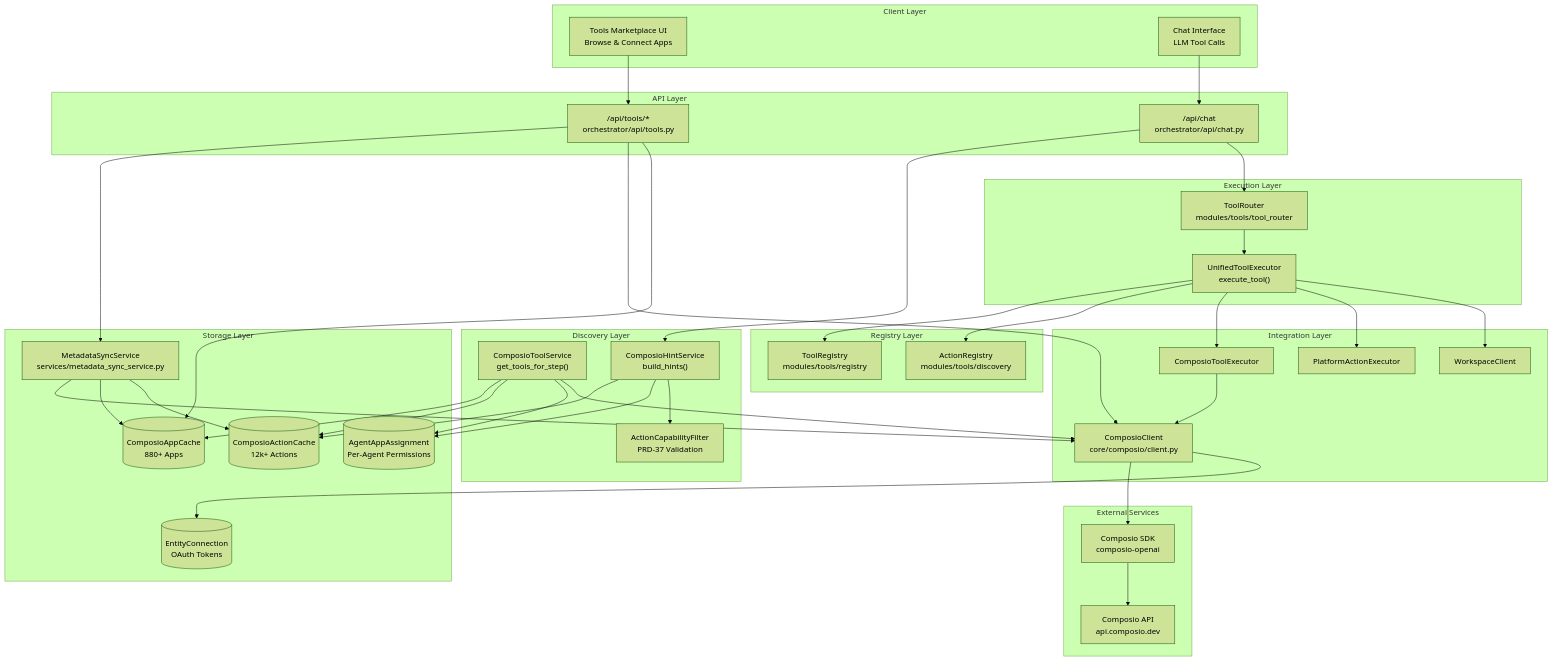
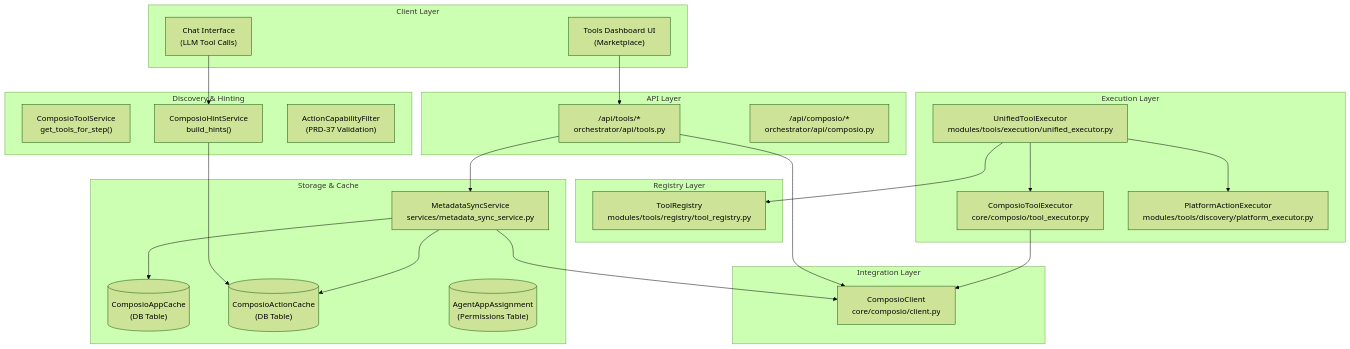
The first of 4 diagrams in docs/tools-integrations/_index.md (AutomatosAI/automatos-ai), drawn with Mermaid (forest theme) before and after one commit. The commit also changed other lines of this file and 149 other files, not shown here.

Commit message:
docs: refresh documentation with graphify semantic scan

````diff
--- a/docs/tools-integrations/_index.md
+++ b/docs/tools-integrations/_index.md
@@ -35,85 +42,56 @@
 ```mermaid
 graph TB
     subgraph "Client Layer"
-        UI[Tools Marketplace UI<br/>Browse & Connect Apps]
-        ChatUI[Chat Interface<br/>LLM Tool Calls]
+        UI["Tools Dashboard UI<br/>(Marketplace)"]
+        ChatUI["Chat Interface<br/>(LLM Tool Calls)"]
     end
     
     subgraph "API Layer"
         ToolsAPI["/api/tools/*<br/>orchestrator/api/tools.py"]
-        ChatAPI["/api/chat<br/>orchestrator/api/chat.py"]
+        ComposioAPI_Route["/api/composio/*<br/>orchestrator/api/composio.py"]
     end
     
     subgraph "Registry Layer"
-        ToolRegistry["ToolRegistry<br/>modules/tools/registry"]
-        ActionRegistry["ActionRegistry<br/>modules/tools/discovery"]
+        ToolRegistry["ToolRegistry<br/>modules/tools/registry/tool_registry.py"]
     end
     
-    subgraph "Discovery Layer"
+    subgraph "Discovery & Hinting"
         ComposioToolService["ComposioToolService<br/>get_tools_for_step()"]
         ComposioHintService["ComposioHintService<br/>build_hints()"]
-        ActionCapabilityFilter["ActionCapabilityFilter<br/>PRD-37 Validation"]
+        ActionCapabilityFilter["ActionCapabilityFilter<br/>(PRD-37 Validation)"]
     end
     
     subgraph "Execution Layer"
-        ToolRouter["ToolRouter<br/>modules/tools/tool_router"]
-        UnifiedExecutor["UnifiedToolExecutor<br/>execute_tool()"]
+        UnifiedExecutor["UnifiedToolExecutor<br/>modules/tools/execution/unified_executor.py"]
+        ComposioToolExecutor["ComposioToolExecutor<br/>core/composio/tool_executor.py"]
+        PlatformActionExecutor["PlatformActionExecutor<br/>modules/tools/discovery/platform_executor.py"]
     end
     
     subgraph "Integration Layer"
         ComposioClient["ComposioClient<br/>core/composio/client.py"]
-        ComposioToolExecutor["ComposioToolExecutor"]
-        PlatformActionExecutor["PlatformActionExecutor"]
-        WorkspaceClient["WorkspaceClient"]
     end
     
-    subgraph "Storage Layer"
+    subgraph "Storage & Cache"
         MetadataSync["MetadataSyncService<br/>services/metadata_sync_service.py"]
-        ComposioAppCache[("ComposioAppCache<br/>880+ Apps")]
-        ComposioActionCache[("ComposioActionCache<br/>12k+ Actions")]
-        AgentAppAssignment[("AgentAppAssignment<br/>Per-Agent Permissions")]
-        EntityConnection[("EntityConnection<br/>OAuth Tokens")]
-    end
-    
-    subgraph "External Services"
-        ComposioAPI["Composio API<br/>api.composio.dev"]
-        ComposioSDK["Composio SDK<br/>composio-openai"]
+        ComposioAppCache[("ComposioAppCache<br/>(DB Table)")]
+        ComposioActionCache[("ComposioActionCache<br/>(DB Table)")]
+        AgentAppAssignment[("AgentAppAssignment<br/>(Permissions Table)")]
     end
     
     UI --> ToolsAPI
-    ChatUI --> ChatAPI
+    ChatUI --> ComposioHintService
     
     ToolsAPI --> MetadataSync
     ToolsAPI --> ComposioClient
-    ToolsAPI --> ComposioAppCache
-    
-    ChatAPI --> ComposioHintService
-    ChatAPI --> ToolRouter
-    
-    ToolRouter --> UnifiedExecutor
-    UnifiedExecutor --> ToolRegistry
-    UnifiedExecutor --> ActionRegistry
-    
-    ComposioToolService --> ComposioAppCache
-    ComposioToolService --> ComposioActionCache
-    ComposioToolService --> AgentAppAssignment
-    ComposioToolService --> ComposioClient
     
     ComposioHintService --> ComposioActionCache
-    ComposioHintService --> AgentAppAssignment
-    ComposioHintService --> ActionCapabilityFilter
+    UnifiedExecutor --> ToolRegistry
     
     UnifiedExecutor --> ComposioToolExecutor
     UnifiedExecutor --> PlatformActionExecutor
-    UnifiedExecutor --> WorkspaceClient
     
     ComposioToolExecutor --> ComposioClient
-    ComposioClient --> ComposioSDK
-    ComposioSDK --> ComposioAPI
-    
     MetadataSync --> ComposioClient
     MetadataSync --> ComposioAppCache
     MetadataSync --> ComposioActionCache
-    
-    ComposioClient --> EntityConnection
 ```
````
